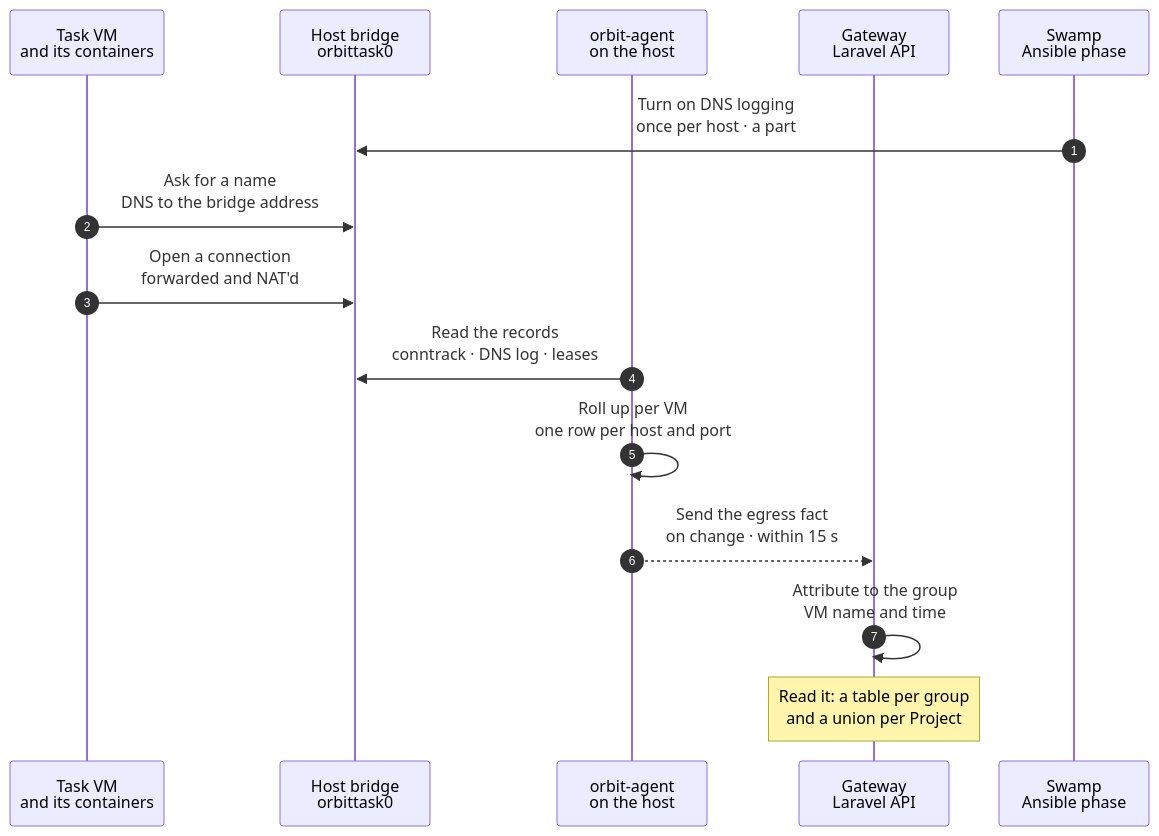
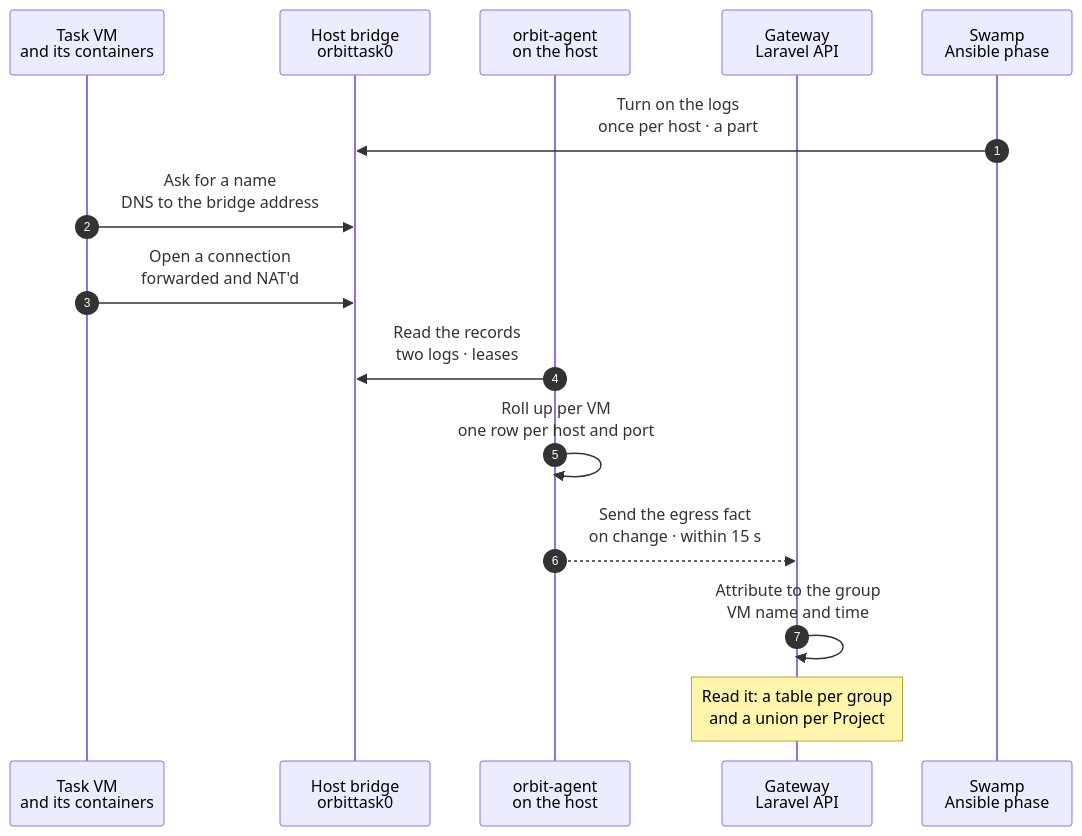
Before and after one commit to hardimpactdev/orbit: the diagram in docs/reference/task-vm-egress-log.mmd, drawn with Mermaid. The commit also changed 1 other file, not shown here.

Commit message:
docs: correct the egress log design to the verified host facts
beast and shark have no /proc/net/nf_conntrack and the agent has no netlink,
so the connection log is an nftables log rule split out by rsyslog. Fix the
docs lint findings of the first draft.

```diff
--- a/docs/reference/task-vm-egress-log.mmd
+++ b/docs/reference/task-vm-egress-log.mmd
@@ -1,53 +1,52 @@
 sequenceDiagram
   %% Proposed design (2026-11-07, for Nick's review, nothing built): step 1 of the task VM egress allowlist. It records, log only, which outside hosts a task VM connects to during real task work, per VM and per task group. Nothing is blocked. Step 2 derives the allowlist from this data and enforces it through a proxy outside the VM. The page: docs/reference/task-vm-egress-log.md.
   %% status: draft
   %% command: task VM egress log
   %% kind: task_vm.egress_log
   autonumber
   %% lane VM icon=server pill=task VM tone=purple
   %% lane BR icon=server pill=task VM host tone=amber
   %% lane AG icon=server pill=observer tone=gray
   %% lane GW icon=gateway pill=intent tone=blue
   %% lane SW icon=workflow pill=executes tone=green
   participant VM as Task VM<br/>and its containers
   participant BR as Host bridge<br/>orbittask0
   participant AG as orbit-agent<br/>on the host
   participant GW as Gateway<br/>Laravel API
   participant SW as Swamp<br/>Ansible phase
-  SW->>BR: Turn on DNS logging<br/>once per host · a part
+  SW->>BR: Turn on the logs<br/>once per host · a part
   %%> What it does:
-  %%> - sets `raw.dnsmasq` on the bridge (`log-queries=extra`, a log file) and a logrotate drop-in, in one idempotent part of the host phase (`swamp/ansible/task-vm-host.yml`, tag `egress-log`)
-  %%> - nothing else changes on the host: the connection log needs no rule, because the kernel's conntrack table already holds every NAT'd connection
+  %%> - one idempotent part of the host phase (`swamp/ansible/task-vm-host.yml`, tag `egress-log`): `raw.dnsmasq` on the bridge (`log-queries=extra`, a log file), an `nftables` table `orbit_egress` with a logging rule, an rsyslog rule that splits its lines into a file, and a logrotate file
   %%> - applied in a quiet window: a dnsmasq reload blinks DNS and DHCP of running VMs for a second
   VM->>BR: Ask for a name<br/>DNS to the bridge address
   %%> What it does:
   %%> - the VM's resolver, and the DNS of its nested containers behind the VM's own NAT, all ask the bridge's dnsmasq
   %%> - dnsmasq logs each query and its answers with a serial number, so a name pairs exactly with the addresses it returned
   %%> What it misses:
   %%> - a fixed IP, DNS over HTTPS, a resolver other than the bridge; the connection log below sees all three
   VM->>BR: Open a connection<br/>forwarded and NAT'd
   %%> What it does:
-  %%> - the kernel forwards the first packet and adds one conntrack entry: the VM's address, the outside address, port and protocol
-  %%> - the entry stays at least 10 s after the connection ends (30 s for UDP, 120 s for TCP in TIME_WAIT), so a 5 s read misses no connection
+  %%> - the kernel forwards the first packet of the flow and the `orbit_egress` rule logs it with the prefix `orbit-egress `: the VM's address, the outside address, port and protocol
+  %%> - a dynamic set with a ten-minute timeout logs each distinct source, destination, protocol and port once, so a busy install writes a few hundred lines
   %%> What it misses:
   %%> - traffic inside the WireGuard tunnel: it holds only private Orbit addresses, the host sees one UDP flow to the hub
-  AG->>BR: Read the records<br/>conntrack · DNS log · leases
+  AG->>BR: Read the records<br/>two logs · leases
   %%> What it does:
-  %%> - every 5 s the agent reads `/proc/net/nf_conntrack` for sources in the bridge subnet, the new lines of the DNS log, and the bridge's leases
+  %%> - every 5 s the agent reads the new lines of `/var/log/incus/dnsmasq.<network>.log` and `/var/log/orbit/task-egress.log`, and the bridge's leases and hosts files
   %%> - the VM is named by its MAC address: the lease gives MAC to IP, and the host's Incus config gives MAC to the VM name (`beast-tvm-3`); nothing the VM says about itself is trusted
   AG->>AG: Roll up per VM<br/>one row per host and port
   %%> What it does:
   %%> - a connection to an address that the same VM resolved joins that name (name, port, protocol, first seen, sources `dns` and `conn`)
   %%> - an address with no name stays an address (sources `conn` only); a connection to a public resolver on 443 or 853 is marked `doh`
   %%> - a row that has not changed adds nothing, so the fact stays small and a quiet VM sends nothing
   AG-->>GW: Send the egress fact<br/>on change · within 15 s
   %%> What it does:
   %%> - one `egress` fact per VM name on the host Node, over the existing `POST /api/v1/agent/facts`; the agent sends nothing else and opens no port
   GW->>GW: Attribute to the group<br/>VM name and time
   %%> What it does:
   %%> - the Gateway holds the claim of each VM (VM name, group, start and end) and adds each row to the group that held the VM when the row was first seen
   %%> - rows go to `task_group_egress`, unique per group, host or address, port and protocol; the group keeps them after its VM and Node are deleted
   Note over GW: Read it: a table per group<br/>and a union per Project
   %%> Result:
   %%> - `orbit tasks:egress <group>` lists the outside hosts of one group; with `--project` it lists the union over the Project's groups, split by feature work and proofs
   %%> - step 2 turns that union into the allowlist
```
